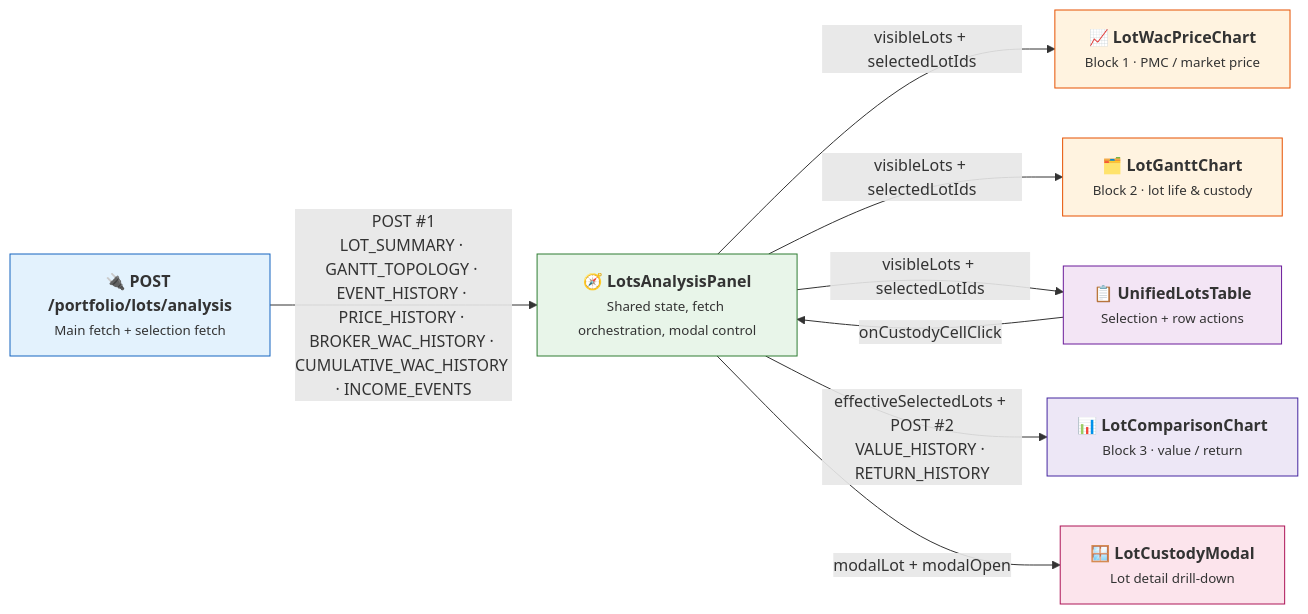
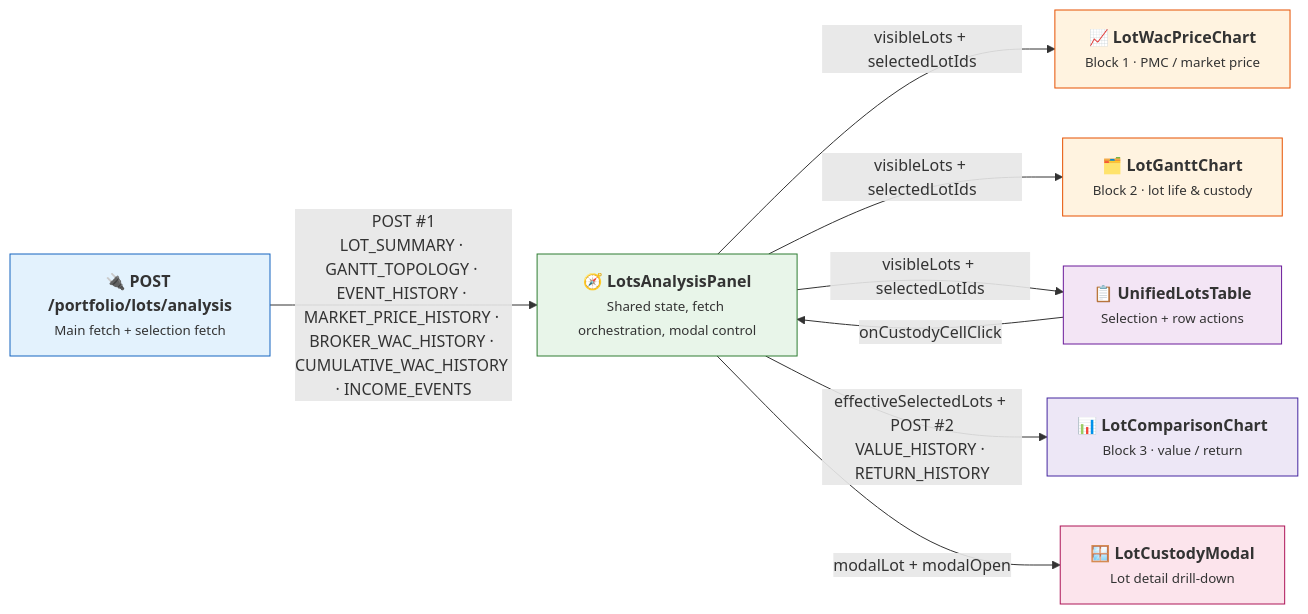
The diagram in mkdocs_src/docs/developer/frontend/components/features/lots-analysis.md (Librefolio/LibreFolio), drawn with Mermaid before and after one commit. The commit also changed other lines of this file and 20 other files, not shown here.

First line of the commit message:
fix(lots): lot-free market price line, kept on FAILED (Y-30)

````diff
--- a/mkdocs_src/docs/developer/frontend/components/features/lots-analysis.md
+++ b/mkdocs_src/docs/developer/frontend/components/features/lots-analysis.md
@@ -9,26 +9,26 @@
 ```mermaid
 graph LR
     API["🔌 <b>POST /portfolio/lots/analysis</b><br/><small>Main fetch + selection fetch</small>"]
     Panel["🧭 <b>LotsAnalysisPanel</b><br/><small>Shared state, fetch orchestration, modal control</small>"]
     WAC["📈 <b>LotWacPriceChart</b><br/><small>Block 1 · PMC / market price</small>"]
     Gantt["🗂️ <b>LotGanttChart</b><br/><small>Block 2 · lot life & custody</small>"]
     Table["📋 <b>UnifiedLotsTable</b><br/><small>Selection + row actions</small>"]
     Compare["📊 <b>LotComparisonChart</b><br/><small>Block 3 · value / return</small>"]
     Modal["🪟 <b>LotCustodyModal</b><br/><small>Lot detail drill-down</small>"]
 
-    API -->|POST #1<br/>LOT_SUMMARY · GANTT_TOPOLOGY · EVENT_HISTORY · PRICE_HISTORY · BROKER_WAC_HISTORY · CUMULATIVE_WAC_HISTORY · INCOME_EVENTS| Panel
+    API -->|POST #1<br/>LOT_SUMMARY · GANTT_TOPOLOGY · EVENT_HISTORY · MARKET_PRICE_HISTORY · BROKER_WAC_HISTORY · CUMULATIVE_WAC_HISTORY · INCOME_EVENTS| Panel
     Panel -->|visibleLots + selectedLotIds| WAC
     Panel -->|visibleLots + selectedLotIds| Gantt
     Panel -->|visibleLots + selectedLotIds| Table
     Panel -->|effectiveSelectedLots + POST #2<br/>VALUE_HISTORY · RETURN_HISTORY| Compare
     Table -->|onCustodyCellClick| Panel
     Panel -->|modalLot + modalOpen| Modal
 
     style API fill:#e3f2fd,stroke:#1565c0
     style Panel fill:#e8f5e9,stroke:#2e7d32
     style WAC fill:#fff3e0,stroke:#e65100
     style Gantt fill:#fff3e0,stroke:#e65100
     style Table fill:#f3e5f5,stroke:#6a1b9a
     style Compare fill:#ede7f6,stroke:#4527a0
     style Modal fill:#fce4ec,stroke:#ad1457
 ```
````
